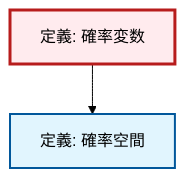
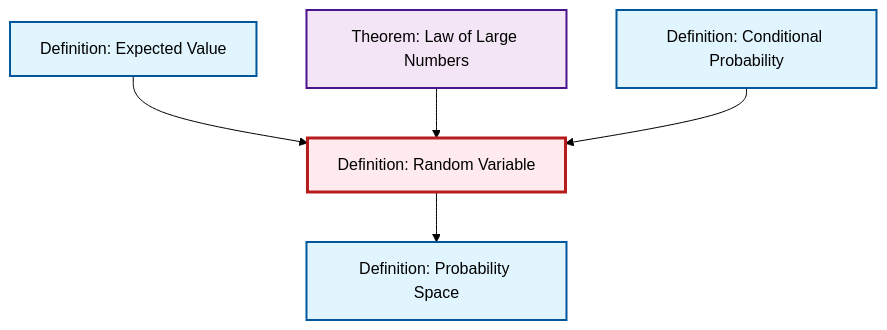
Before and after one commit to RK0429/ModernMath: the diagram in content/ja/probability-statistics/def-random-variable.qmd, drawn with Mermaid (forest theme). The commit also changed 203 other files, not shown here.

````diff
--- a/content/ja/probability-statistics/def-random-variable.qmd
+++ b/content/ja/probability-statistics/def-random-variable.qmd
@@ -48,15 +48,19 @@
 ```{mermaid}
-%%| fig-cap: "局所依存関係グラフ"
+%%| fig-cap: "Local dependency graph"
 graph TD
     classDef definition fill:#e1f5fe,stroke:#01579b,stroke-width:2px
     classDef theorem fill:#f3e5f5,stroke:#4a148c,stroke-width:2px
     classDef axiom fill:#fff3e0,stroke:#e65100,stroke-width:2px
     classDef example fill:#e8f5e9,stroke:#1b5e20,stroke-width:2px
     classDef current fill:#ffebee,stroke:#b71c1c,stroke-width:3px
-    def-random-variable["定義: 確率変数"]:::definition
-    def-probability-space["定義: 確率空間"]:::definition
+    def-expectation["Definition: Expected Value"]:::definition
+    def-random-variable["Definition: Random Variable"]:::definition
+    def-conditional-probability["Definition: Conditional Probability"]:::definition
+    def-probability-space["Definition: Probability Space"]:::definition
+    thm-law-of-large-numbers["Theorem: Law of Large Numbers"]:::theorem
+    def-expectation --> def-random-variable
+    thm-law-of-large-numbers --> def-random-variable
     def-random-variable --> def-probability-space
+    def-conditional-probability --> def-random-variable
     class def-random-variable current
-
-    click def-probability-space "def-probability-space.html" "Go to 定義: 確率空間"
 ```
````
